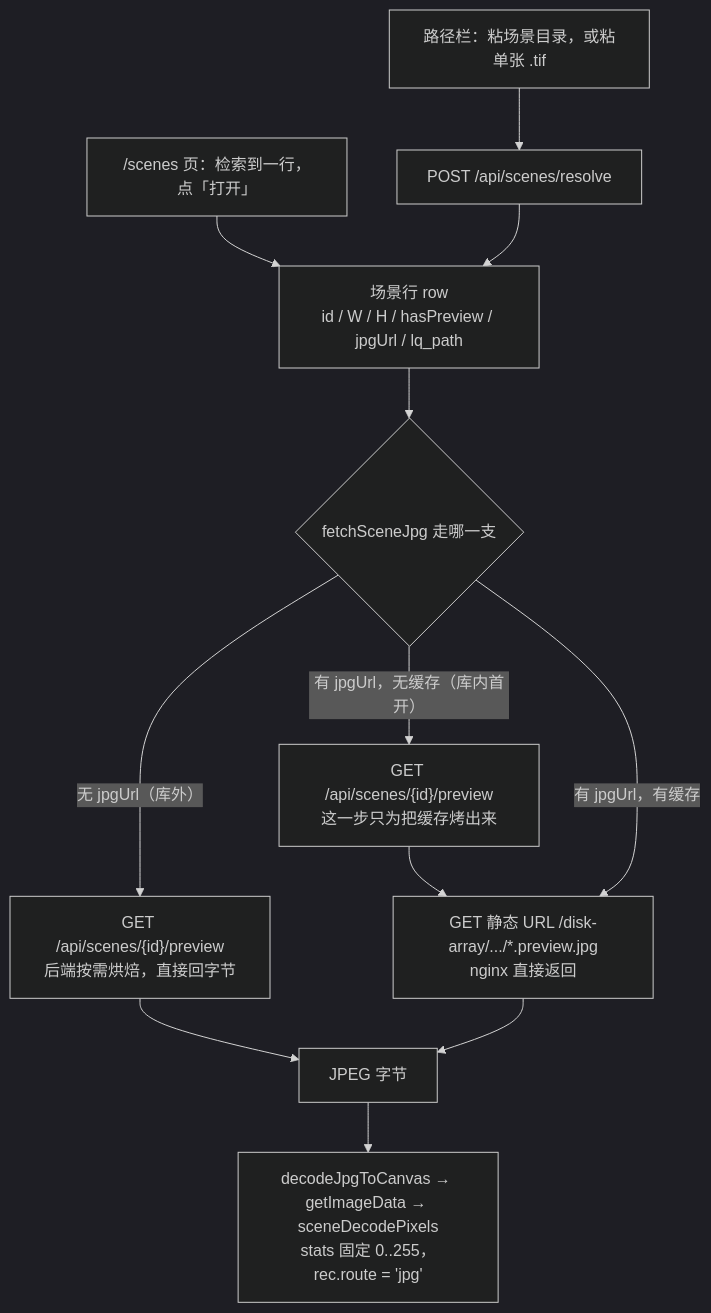
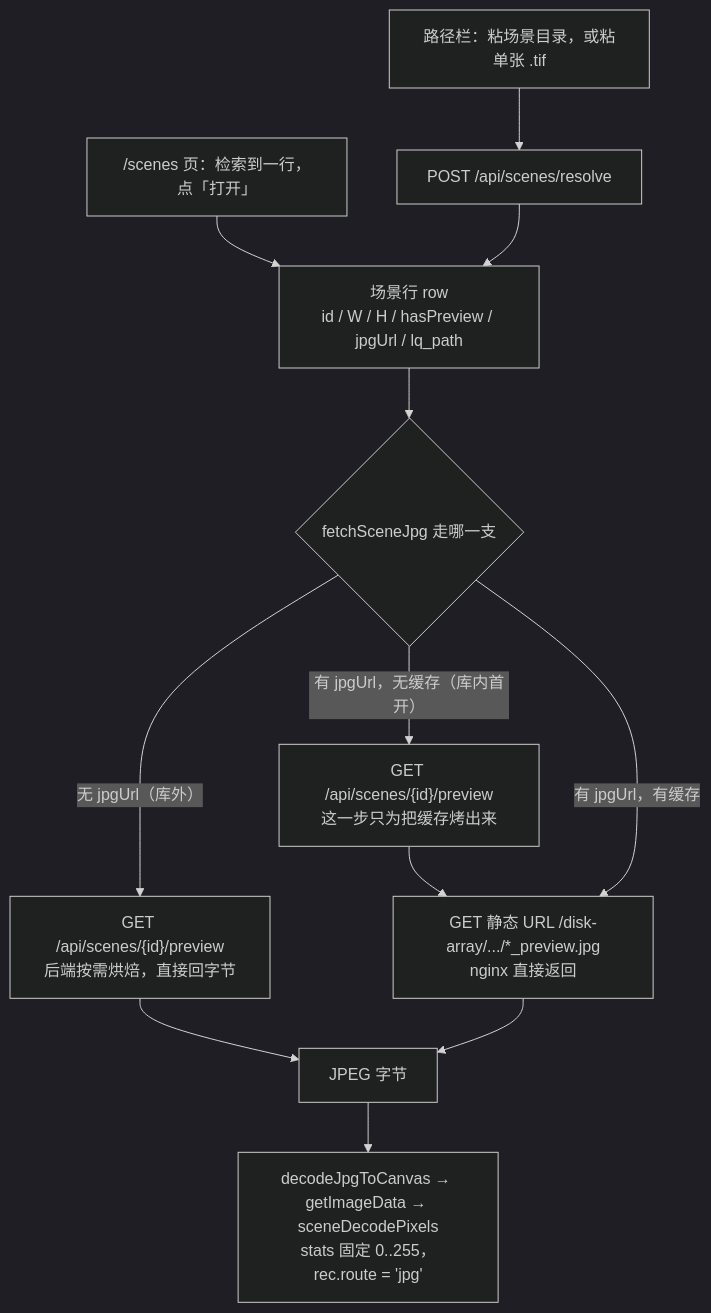
One commit to Jason001028/sr_agent_platform changed the first of 3 diagrams in docs/knowledge/preview-bake-pipeline.md. Above: the diagram before and after it, drawn with Mermaid (dark theme). The commit also changed other lines of this file and 19 other files, not shown here.

First line of the commit message:
预览名收口：三条链统一成 <源名>_preview.jpg

````diff
--- a/docs/knowledge/preview-bake-pipeline.md
+++ b/docs/knowledge/preview-bake-pipeline.md
@@ -70,16 +70,16 @@
 ```mermaid
 flowchart TD
     IN1["/scenes 页：检索到一行，点「打开」"] --> ROW
     IN2["路径栏：粘场景目录，或粘单张 .tif"] --> RESOLVE["POST /api/scenes/resolve"]
     RESOLVE --> ROW["场景行 row<br/>id / W / H / hasPreview / jpgUrl / lq_path"]
 
     ROW --> FETCH{"fetchSceneJpg 走哪一支"}
 
     FETCH -->|"无 jpgUrl（库外）"| P1["GET /api/scenes/{id}/preview<br/>后端按需烘焙，直接回字节"]
     FETCH -->|"有 jpgUrl，无缓存（库内首开）"| P2["GET /api/scenes/{id}/preview<br/>这一步只为把缓存烤出来"] --> P3
-    FETCH -->|"有 jpgUrl，有缓存"| P3["GET 静态 URL /disk-array/.../*.preview.jpg<br/>nginx 直接返回"]
+    FETCH -->|"有 jpgUrl，有缓存"| P3["GET 静态 URL /disk-array/.../*_preview.jpg<br/>nginx 直接返回"]
 
     P1 --> BLOB["JPEG 字节"]
     P3 --> BLOB
     BLOB --> DISP["decodeJpgToCanvas → getImageData → sceneDecodePixels<br/>stats 固定 0..255，rec.route = 'jpg'"]
 ```
````
